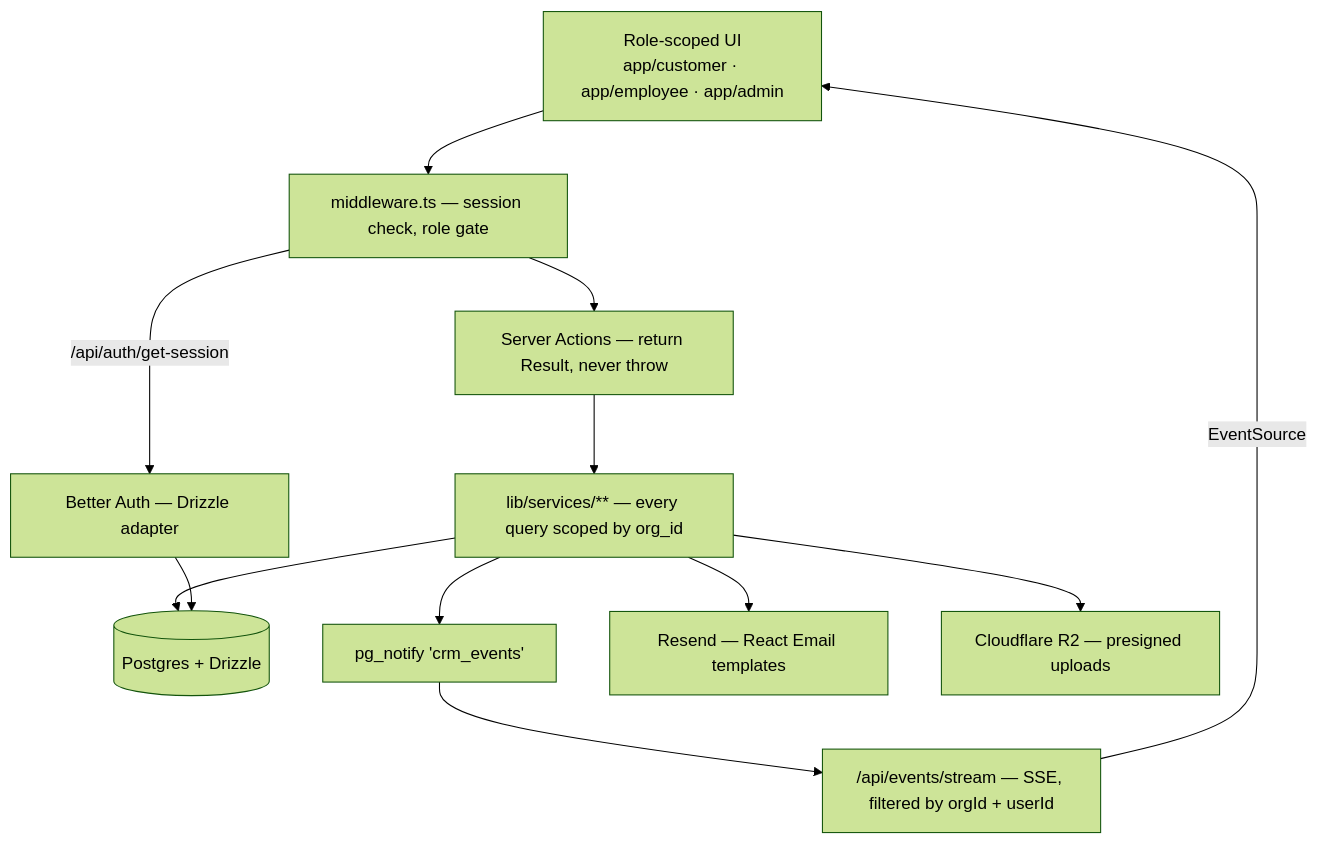
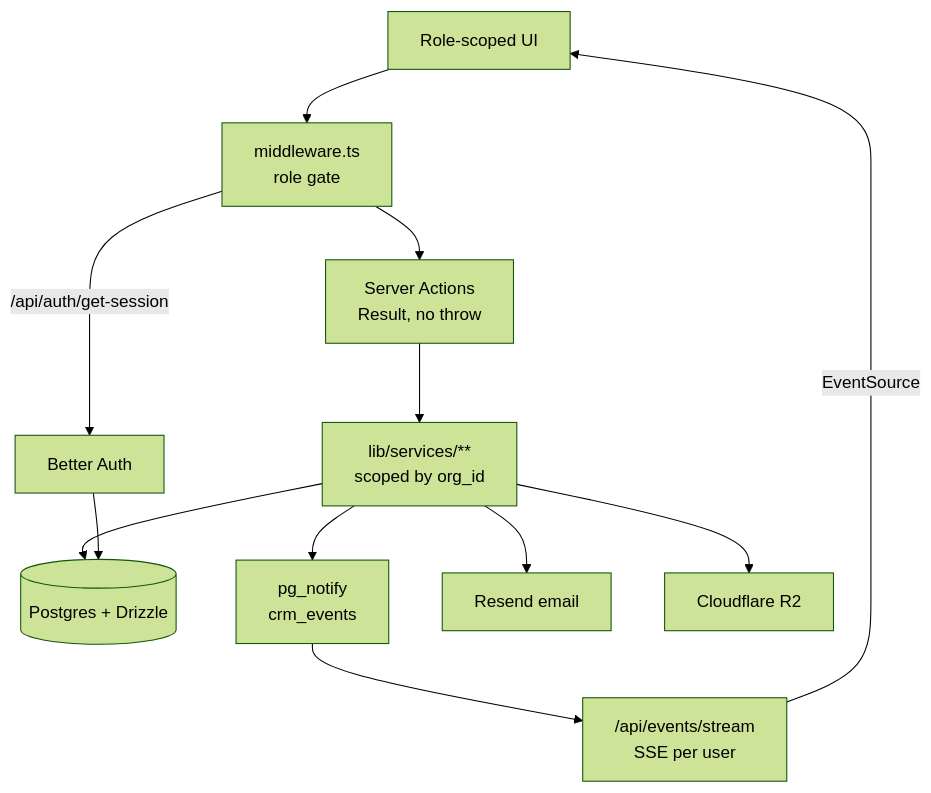
The diagram in README.md (fasisandhu/flowleadz), drawn with Mermaid (forest theme) before and after one commit.

Commit message:
docs: shorten diagram node labels
GitHub's mermaid renderer clips node text past roughly 25 characters
per line, which was truncating most labels mid-word. Detail that no
longer fits in a node is already covered in the prose below it.

````diff
--- a/README.md
+++ b/README.md
@@ -54,22 +54,22 @@
 ```mermaid
 flowchart TD
-    UI["Role-scoped UI<br/>app/customer · app/employee · app/admin"]
-    MW["middleware.ts — session check, role gate"]
-    SA["Server Actions — return Result, never throw"]
-    SVC["lib/services/** — every query scoped by org_id"]
+    UI["Role-scoped UI"]
+    MW["middleware.ts<br/>role gate"]
+    SA["Server Actions<br/>Result, no throw"]
+    SVC["lib/services/**<br/>scoped by org_id"]
     DB[("Postgres + Drizzle")]
-    NOTIFY["pg_notify 'crm_events'"]
-    SSE["/api/events/stream — SSE, filtered by orgId + userId"]
-    AUTH["Better Auth — Drizzle adapter"]
-    MAIL["Resend — React Email templates"]
-    R2["Cloudflare R2 — presigned uploads"]
+    NOTIFY["pg_notify<br/>crm_events"]
+    SSE["/api/events/stream<br/>SSE per user"]
+    AUTH["Better Auth"]
+    MAIL["Resend email"]
+    R2["Cloudflare R2"]
 
     UI --> MW --> SA --> SVC
     SVC --> DB
     SVC --> NOTIFY --> SSE
     SSE -->|EventSource| UI
     SVC --> MAIL
     SVC --> R2
     MW -->|"/api/auth/get-session"| AUTH
     AUTH --> DB
 ```
````
